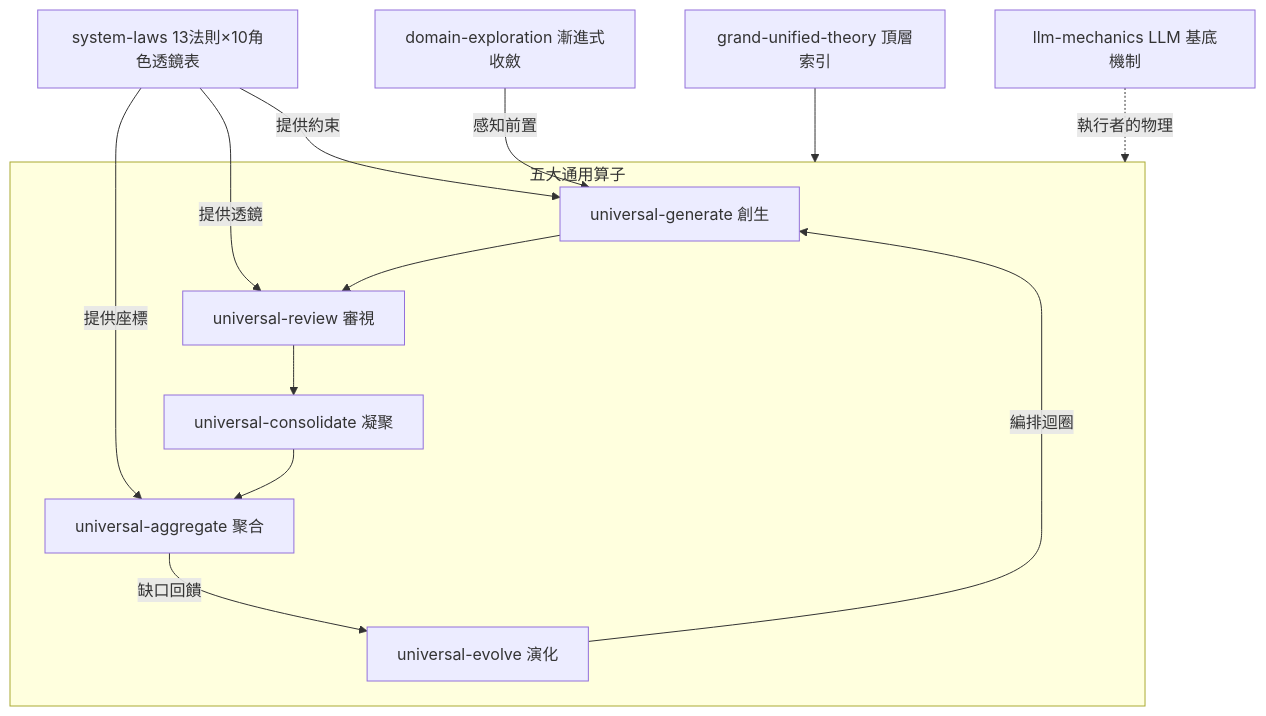
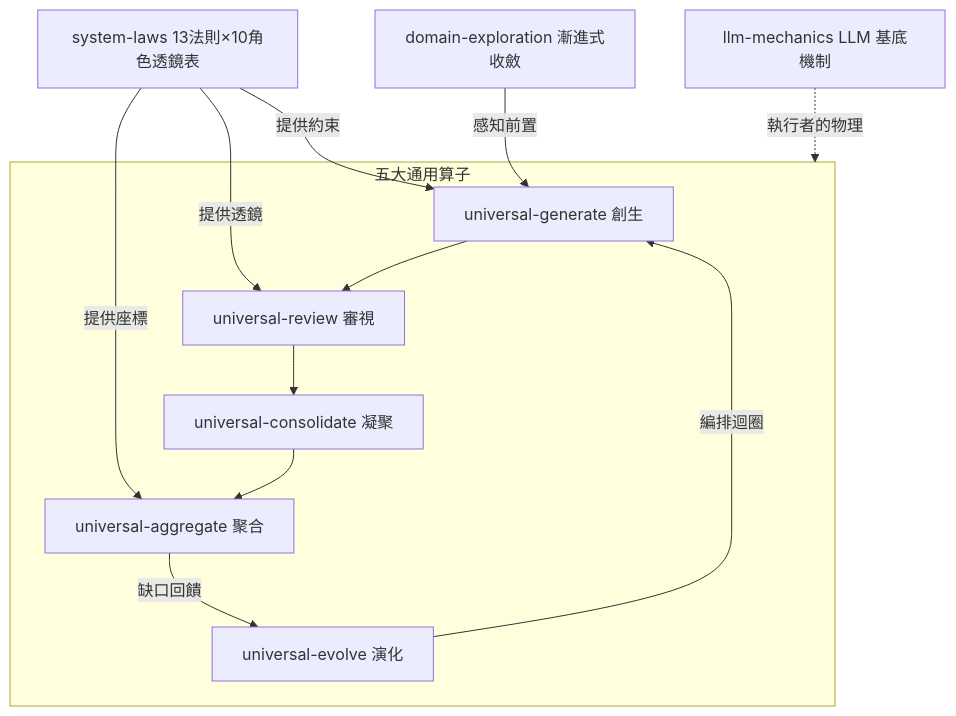
The diagram in plugins/god/README.md (BizShuk/cc-plugin), drawn with Mermaid before and after one commit. The commit also changed other lines of this file and 68 other files, not shown here.

````diff
--- a/plugins/god/README.md
+++ b/plugins/god/README.md
@@ -11,18 +11,17 @@
 ```mermaid
 graph TD
-    GUT[grand-unified-theory 頂層索引] --> OPS
     subgraph OPS [五大通用算子]
         G[universal-generate 創生]
         R[universal-review 審視]
         C[universal-consolidate 凝聚]
         A[universal-aggregate 聚合]
         E[universal-evolve 演化]
     end
     SL[system-laws 13法則×10角色透鏡表] -->|"提供透鏡"| R
     SL -->|"提供約束"| G
     SL -->|"提供座標"| A
     DE[domain-exploration 漸進式收斂] -->|"感知前置"| G
     LM[llm-mechanics LLM 基底機制] -.->|"執行者的物理"| OPS
     E -->|"編排迴圈"| G
     G --> R --> C --> A -->|"缺口回饋"| E
 ```
````
